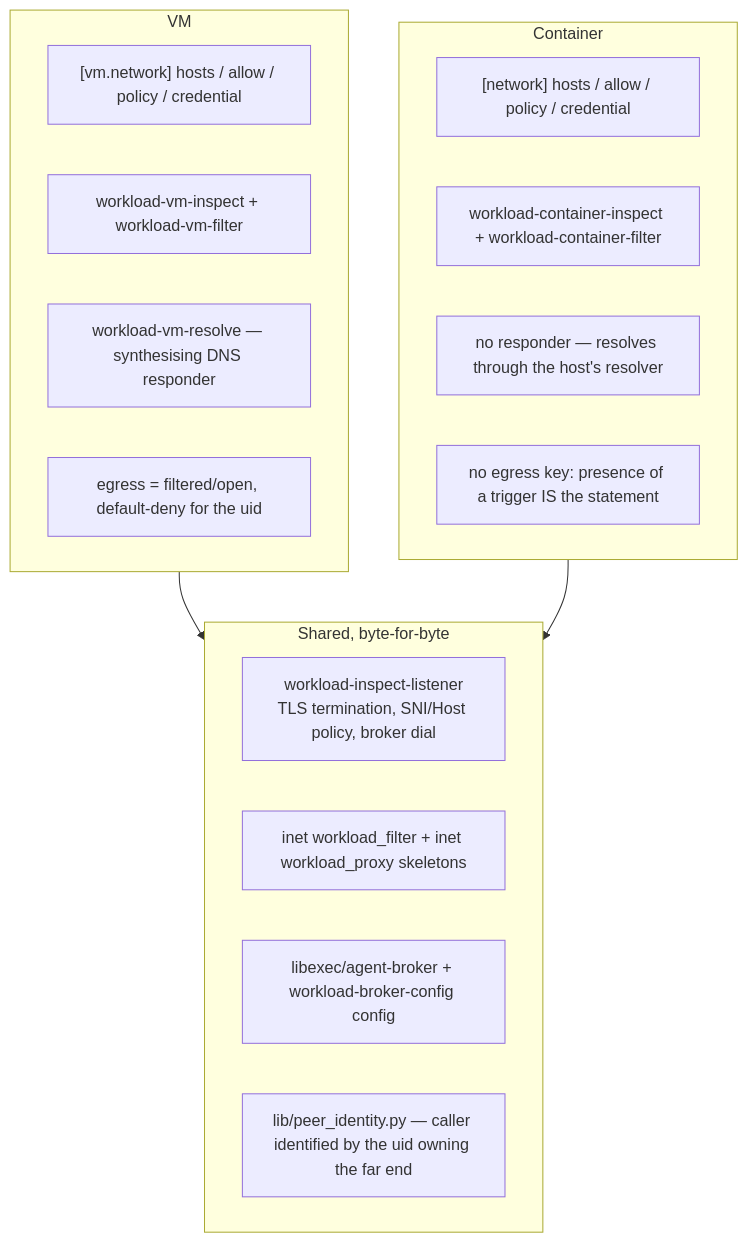
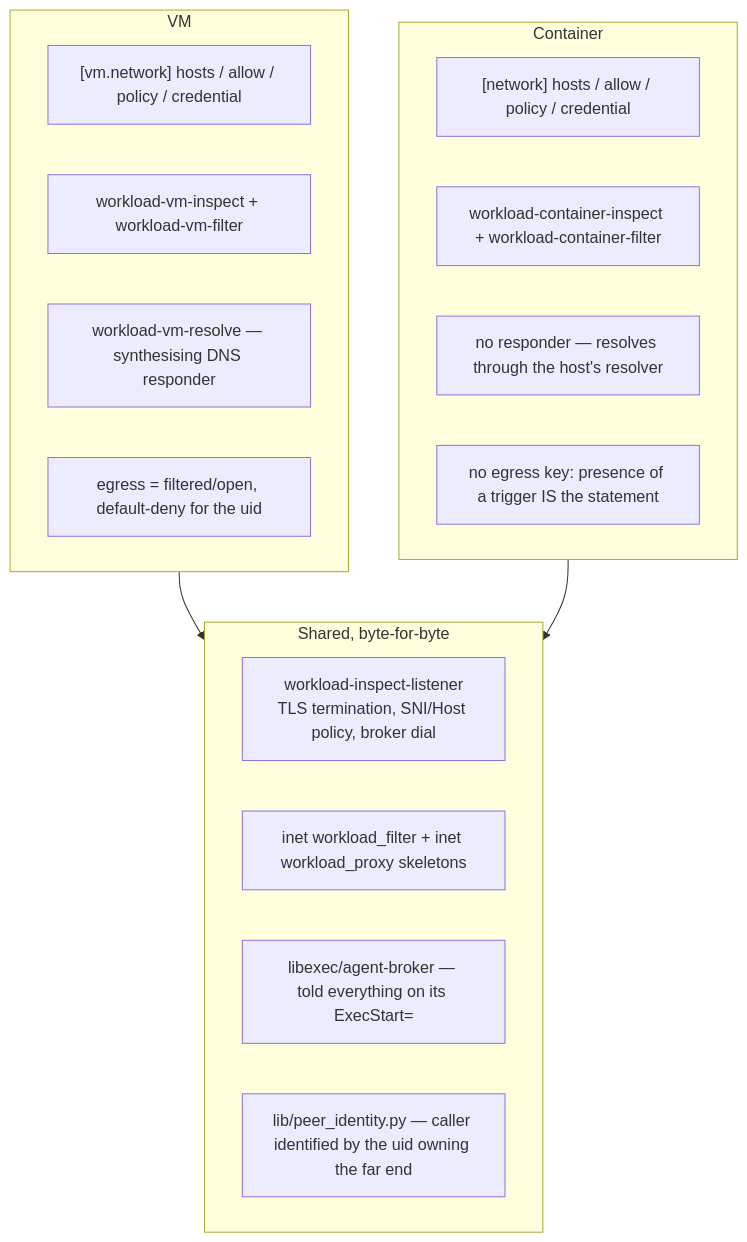
Before and after one commit to BenSmith/workloadctl: the sixth of 7 diagrams in docs/egress-and-broker-architecture.md, drawn with Mermaid. The commit also changed other lines of this file and 29 other files, not shown here.

First line of the commit message:
workloadctl: the broker takes flags; broker.toml, its writer and its reader go

````diff
--- a/docs/egress-and-broker-architecture.md
+++ b/docs/egress-and-broker-architecture.md
@@ -242,26 +242,26 @@
 ```mermaid
 flowchart TB
   subgraph shared["Shared, byte-for-byte"]
     LST["workload-inspect-listener<br/>TLS termination, SNI/Host policy, broker dial"]
     NFT2["inet workload_filter + inet workload_proxy skeletons"]
-    BRK["libexec/agent-broker + workload-broker-config config"]
+    BRK["libexec/agent-broker — told everything on its ExecStart="]
     PI["lib/peer_identity.py — caller identified by the uid owning the far end"]
   end
 
   subgraph vm["VM"]
     VT["[vm.network] hosts / allow / policy / credential"]
     VA["workload-vm-inspect + workload-vm-filter"]
     VR["workload-vm-resolve — synthesising DNS responder"]
     VE["egress = filtered/open, default-deny for the uid"]
   end
 
   subgraph ct["Container"]
     CT["[network] hosts / allow / policy / credential"]
     CA["workload-container-inspect + workload-container-filter"]
     CN["no responder — resolves through the host's resolver"]
     CE["no egress key: presence of a trigger IS the statement"]
   end
 
   vm --> shared
   ct --> shared
 ```
````
